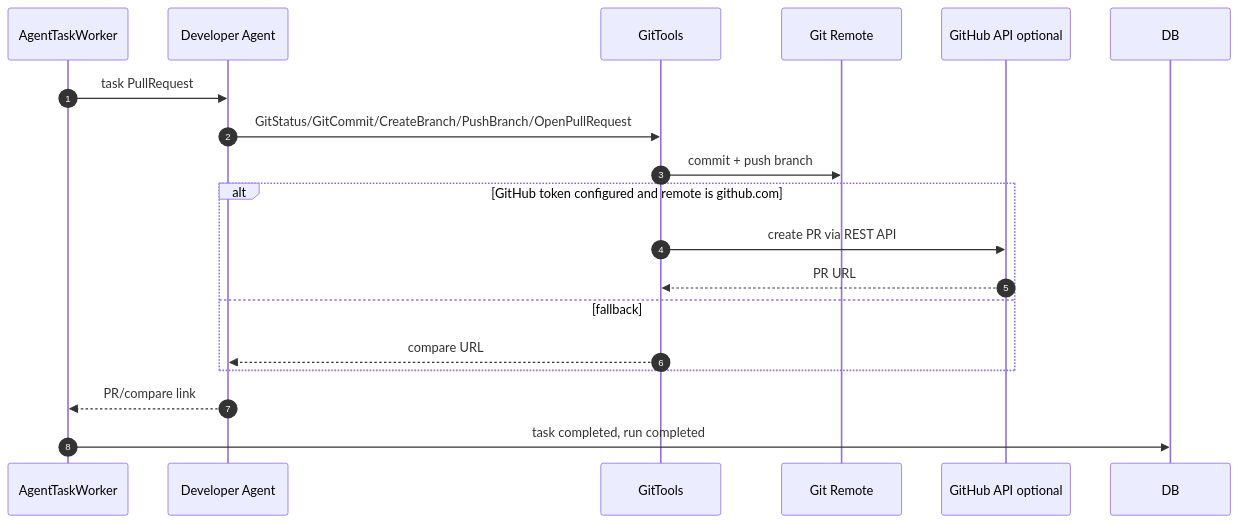
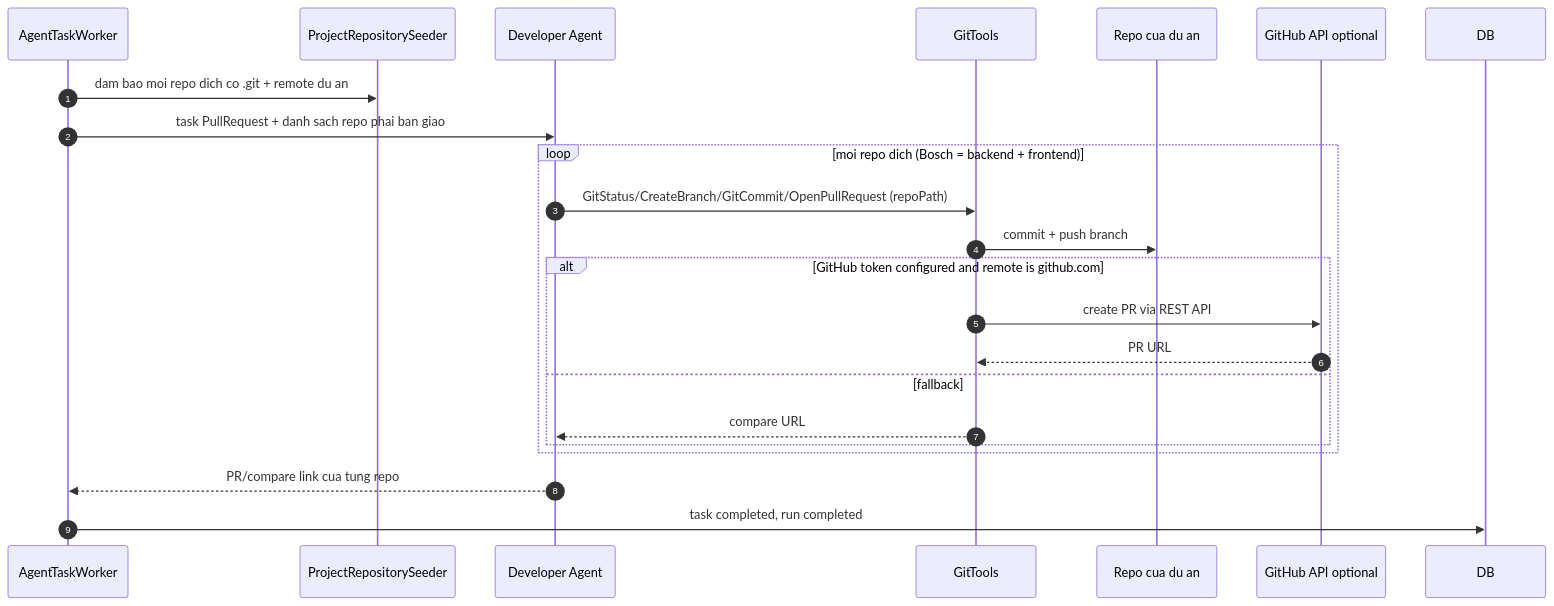
One commit to Songlong0506/ICOGenerator-v4 changed the fifth of 5 diagrams in docs/delivery-pipeline.md. Above: the diagram before and after it, drawn with Mermaid. The commit also changed other lines of this file and 28 other files, not shown here.

````diff
--- a/docs/delivery-pipeline.md
+++ b/docs/delivery-pipeline.md
@@ -280,22 +297,26 @@
 ```mermaid
 sequenceDiagram
     autonumber
     participant W as AgentTaskWorker
+    participant Seed as ProjectRepositorySeeder
     participant Dev as Developer Agent
     participant Tools as GitTools
-    participant Git as Git Remote
+    participant Git as Repo cua du an
     participant GH as GitHub API optional
     participant DB as DB
 
-    W->>Dev: task PullRequest
-    Dev->>Tools: GitStatus/GitCommit/CreateBranch/PushBranch/OpenPullRequest
-    Tools->>Git: commit + push branch
-    alt GitHub token configured and remote is github.com
-        Tools->>GH: create PR via REST API
-        GH-->>Tools: PR URL
-    else fallback
-        Tools-->>Dev: compare URL
+    W->>Seed: dam bao moi repo dich co .git + remote du an
+    W->>Dev: task PullRequest + danh sach repo phai ban giao
+    loop moi repo dich (Bosch = backend + frontend)
+        Dev->>Tools: GitStatus/CreateBranch/GitCommit/OpenPullRequest (repoPath)
+        Tools->>Git: commit + push branch
+        alt GitHub token configured and remote is github.com
+            Tools->>GH: create PR via REST API
+            GH-->>Tools: PR URL
+        else fallback
+            Tools-->>Dev: compare URL
+        end
     end
-    Dev-->>W: PR/compare link
+    Dev-->>W: PR/compare link cua tung repo
     W->>DB: task completed, run completed
 ```
````
